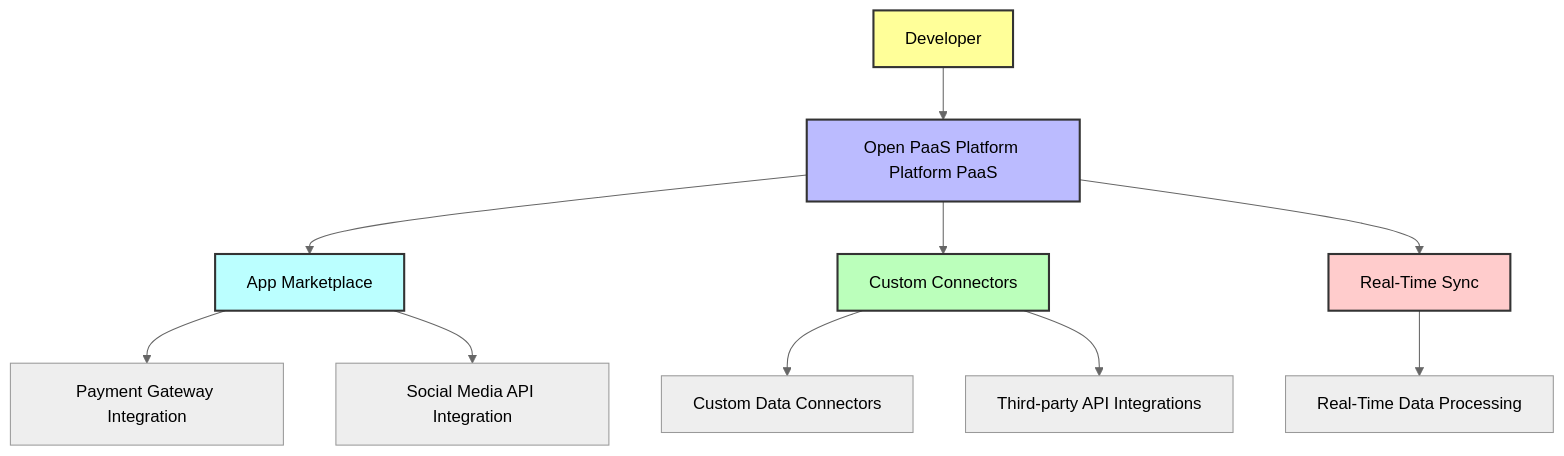
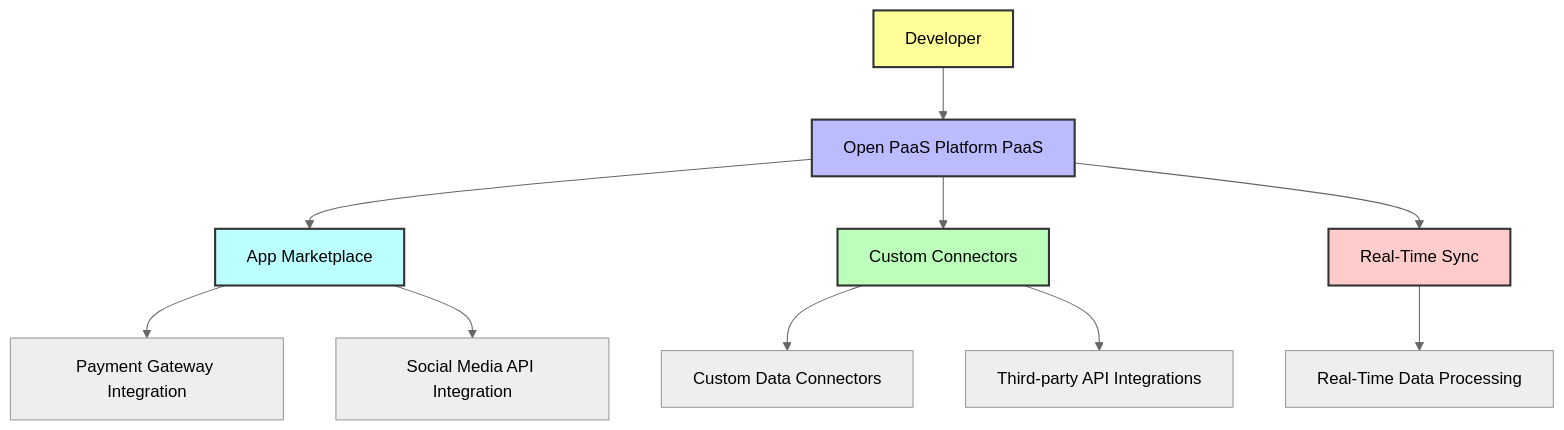
The diagram in docs/index.md (jnikhila/open-paas-platform-docs), drawn with Mermaid (neutral theme) before and after one commit. The commit also changed other lines of this file and 8 other files, not shown here.

````diff
--- a/docs/index.md
+++ b/docs/index.md
@@ -16,18 +16,18 @@
 ```mermaid
 graph TD;
-A[Developer] --> B[Open PaaS Platform Platform PaaS];
+A[Developer] --> B[Open PaaS Platform PaaS];
 B --> C[App Marketplace];
 B --> D[Custom Connectors];
 B --> E[Real-Time Sync];
 C --> F[Payment Gateway Integration];
 C --> G[Social Media API Integration];
 D --> H[Custom Data Connectors];
 D --> I[Third-party API Integrations];
 E --> J[Real-Time Data Processing];
 
 style A fill:#ff9,stroke:#333,stroke-width:2px;
 style B fill:#bbf,stroke:#333,stroke-width:2px;
 style C fill:#bff,stroke:#333,stroke-width:2px;
 style D fill:#bfb,stroke:#333,stroke-width:2px;
 style E fill:#fcc,stroke:#333,stroke-width:2px;
 ```
````
